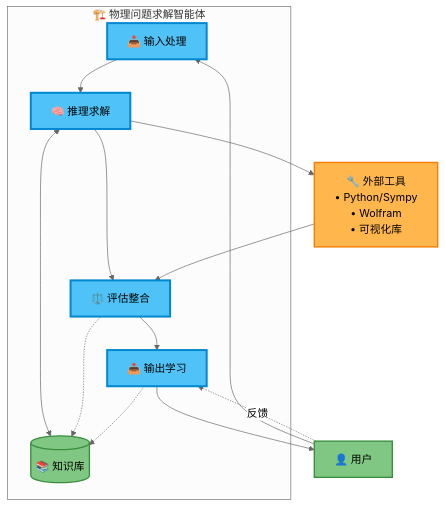
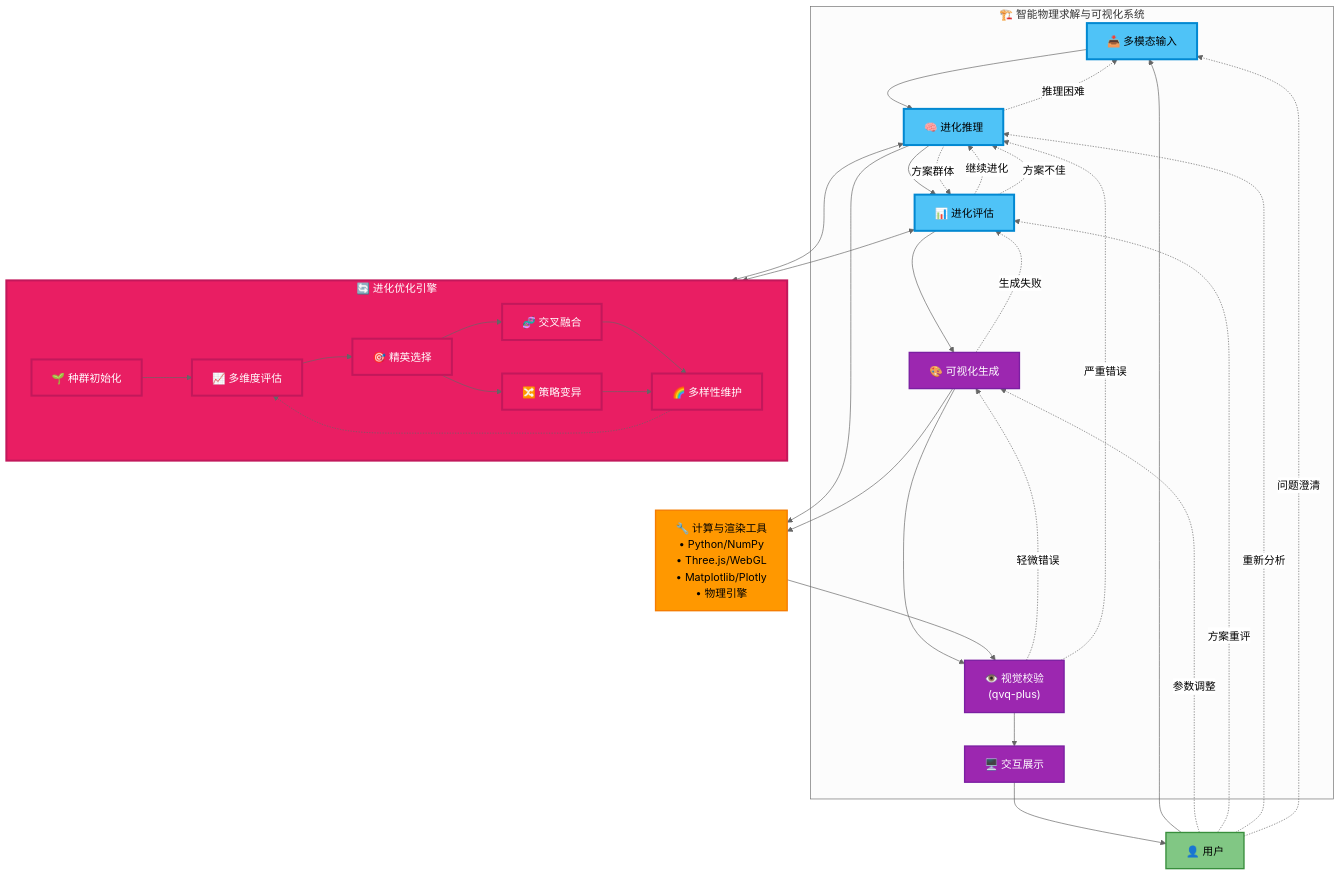
One commit to xruilin/pysical-agent changed the eighth of 8 diagrams in plan.md. Above: the diagram before and after it, drawn with Mermaid (neutral theme). The commit also changed other lines of this file, not shown here.

````diff
--- a/plan.md
+++ b/plan.md
@@ -304,29 +546,69 @@
 ```mermaid
 flowchart TD
-    subgraph SYSTEM ["🏗️ 物理问题求解智能体"]
-        M1["📥 输入处理"] --> M2["🧠 推理求解"]
-        M2 --> M3["⚖️ 评估整合"] 
-        M3 --> M4["📤 输出学习"]
+    subgraph MAIN_SYSTEM ["🏗️ 智能物理求解与可视化系统"]
+        M1["📥 多模态输入"] --> M2["🧠 进化推理"]
+        M2 --> M3["📊 进化评估"]
+        M3 --> M4["🎨 可视化生成"]
+        M4 --> M5["👁️ 视觉校验<br/>(qvq-plus)"]
+        M5 --> M6["🖥️ 交互展示"]
         
-        KB[("📚 知识库")]
-        M2 <--> KB
-        M3 -.-> KB
-        M4 -.-> KB
+        %% 进化迭代循环
+        M3 -.->|"继续进化"| M2
+        M2 -.->|"方案群体"| M3
     end
     
+    %% 用户交互
     USER["👤 用户"] --> M1
-    M4 --> USER
-    USER -.->|"反馈"| M4
+    M6 --> USER
     
-    TOOLS["🔧 外部工具<br/>• Python/Sympy<br/>• Wolfram<br/>• 可视化库"] 
+    %% 交互反馈循环
+    USER -.->|"参数调整"| M4
+    USER -.->|"方案重评"| M3
+    USER -.->|"重新分析"| M2
+    USER -.->|"问题澄清"| M1
+    
+    %% 外部工具集成
+    TOOLS["🔧 计算与渲染工具<br/>• Python/NumPy<br/>• Three.js/WebGL<br/>• Matplotlib/Plotly<br/>• 物理引擎"] 
     M2 --> TOOLS
-    TOOLS --> M3
+    M4 --> TOOLS
+    TOOLS --> M5
+    
+    %% 进化优化机制
+    subgraph EVOLUTION_ENGINE ["🔄 进化优化引擎"]
+        EV1["🌱 种群初始化"]
+        EV2["📈 多维度评估"]
+        EV3["🎯 精英选择"]
+        EV4["🧬 交叉融合"]
+        EV5["🔀 策略变异"]
+        EV6["🌈 多样性维护"]
+        
+        EV1 --> EV2 --> EV3 --> EV4
+        EV3 --> EV5
+        EV4 --> EV6
+        EV5 --> EV6
+        EV6 -.-> EV2
+    end
+    
+    M2 <--> EVOLUTION_ENGINE
+    M3 <--> EVOLUTION_ENGINE
+    
+    %% 质量保证与错误恢复
+    M5 -.->|"轻微错误"| M4
+    M5 -.->|"严重错误"| M2
+    M4 -.->|"生成失败"| M3
+    M3 -.->|"方案不佳"| M2
+    M2 -.->|"推理困难"| M1
     
     classDef main fill:#4fc3f7,stroke:#0288d1,stroke-width:3px,color:#000
     classDef support fill:#81c784,stroke:#388e3c,stroke-width:2px,color:#000
-    classDef external fill:#ffb74d,stroke:#f57c00,stroke-width:2px,color:#000
+    classDef external fill:#ff9800,stroke:#f57c00,stroke-width:2px,color:#000
+    classDef visual fill:#9c27b0,stroke:#7b1fa2,stroke-width:2px,color:#fff
+    classDef evolution fill:#e91e63,stroke:#c2185b,stroke-width:3px,color:#fff
+    classDef feedback fill:#ffb74d,stroke:#f57c00,stroke-width:1px,stroke-dasharray:3 3,color:#000
     
-    class M1,M2,M3,M4 main
-    class KB,USER support
+    class M1,M2,M3 main
+    class M4,M5,M6 visual
+    class USER support
     class TOOLS external
+    class EVOLUTION_ENGINE,EV1,EV2,EV3,EV4,EV5,EV6 evolution
 ```
````
